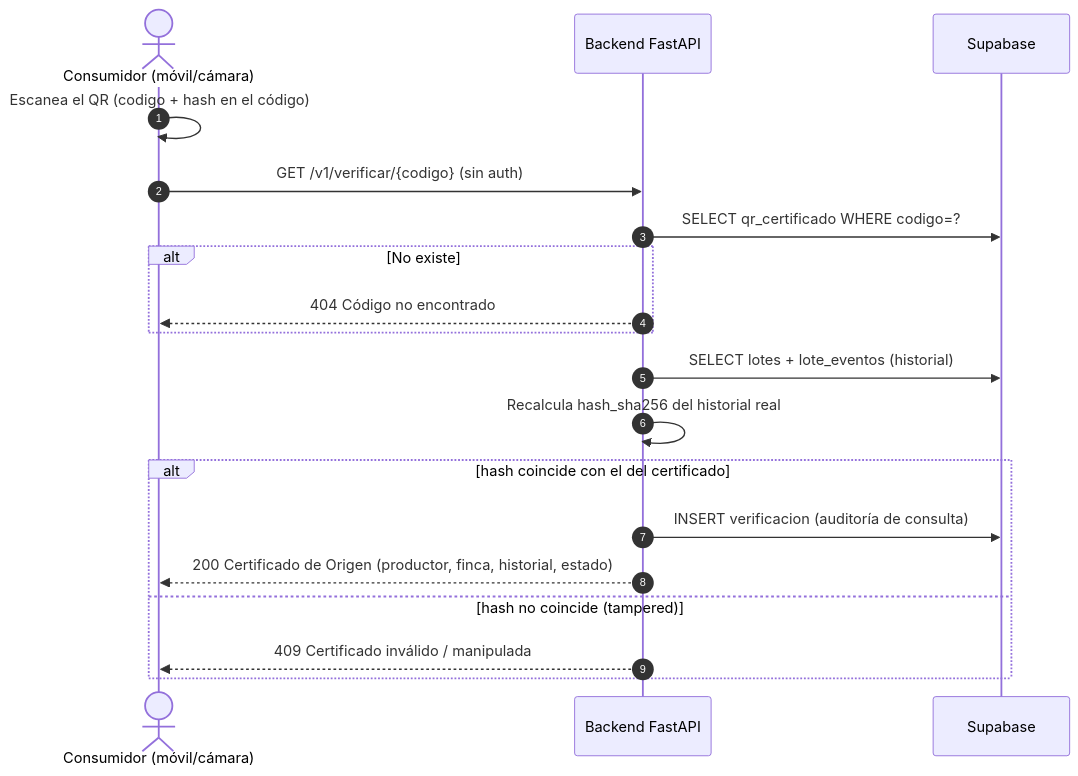
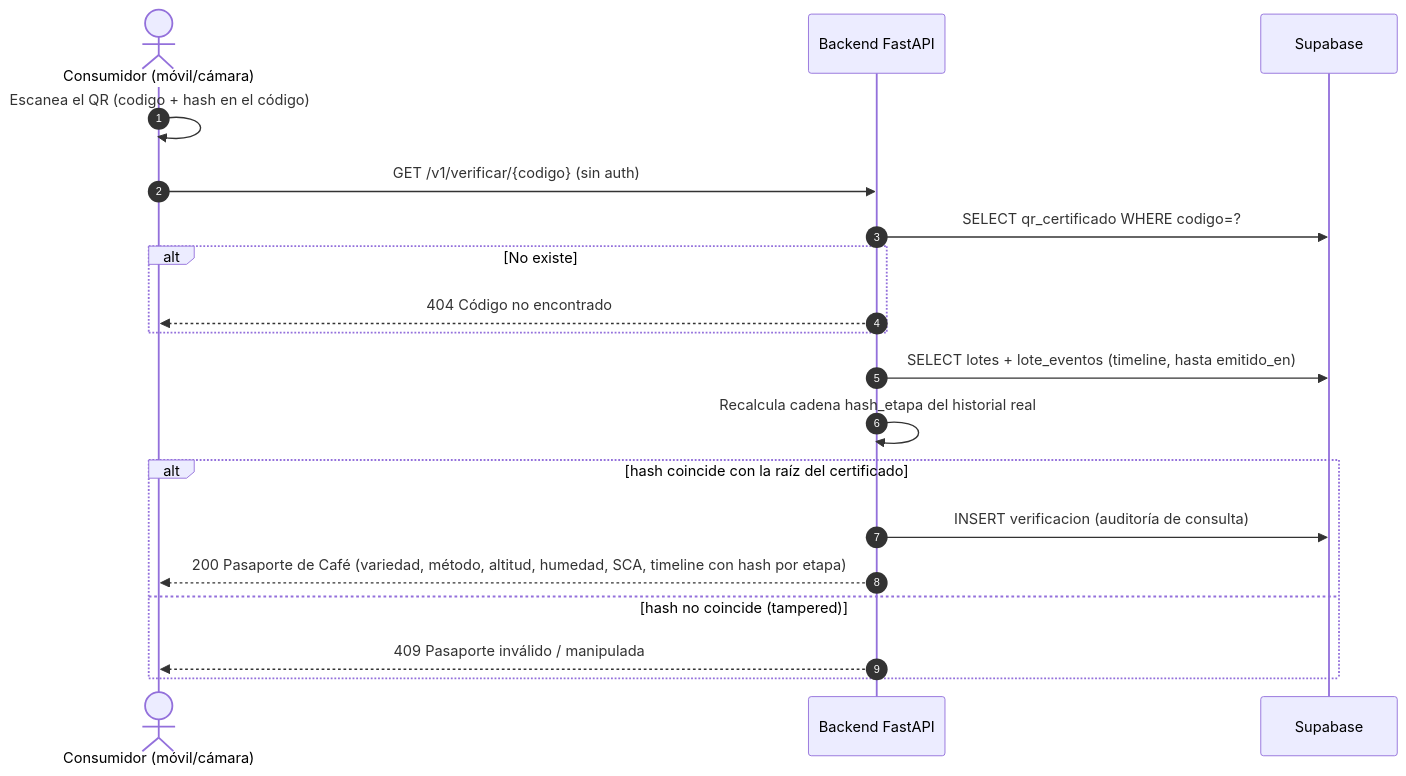
One commit to FerLpz55/BeanTrust changed the tenth of 13 diagrams in docs/ARCHITECTURE.md. Above: the diagram before and after it, drawn with Mermaid. The commit also changed other lines of this file and 93 other files, not shown here.

````diff
--- a/docs/ARCHITECTURE.md
+++ b/docs/ARCHITECTURE.md
@@ -838,22 +952,22 @@
 ```mermaid
 sequenceDiagram
     autonumber
     actor C as Consumidor (móvil/cámara)
     participant API as Backend FastAPI
     participant DB as Supabase
 
     C->>C: Escanea el QR (codigo + hash en el código)
     C->>API: GET /v1/verificar/{codigo} (sin auth)
     API->>DB: SELECT qr_certificado WHERE codigo=?
     alt No existe
         API-->>C: 404 Código no encontrado
     end
-    API->>DB: SELECT lotes + lote_eventos (historial)
-    API->>API: Recalcula hash_sha256 del historial real
-    alt hash coincide con el del certificado
+    API->>DB: SELECT lotes + lote_eventos (timeline, hasta emitido_en)
+    API->>API: Recalcula cadena hash_etapa del historial real
+    alt hash coincide con la raíz del certificado
         API->>DB: INSERT verificacion (auditoría de consulta)
-        API-->>C: 200 Certificado de Origen (productor, finca, historial, estado)
+        API-->>C: 200 Pasaporte de Café (variedad, método, altitud, humedad, SCA, timeline con hash por etapa)
     else hash no coincide (tampered)
-        API-->>C: 409 Certificado inválido / manipulada
+        API-->>C: 409 Pasaporte inválido / manipulada
     end
 ```
````
